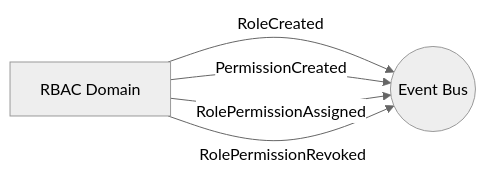
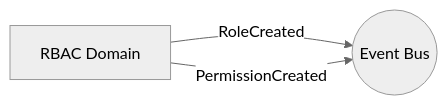
One commit to mamadoudevweb/store-up changed the second of 3 diagrams in docs/domains/rbac.md. Above: the diagram before and after it, drawn with Mermaid (neutral theme). The commit also changed other lines of this file and 5 other files, not shown here.

````diff
--- a/docs/domains/rbac.md
+++ b/docs/domains/rbac.md
@@ -47,7 +47,5 @@
 ```mermaid
 flowchart LR
     R[RBAC Domain] -->|RoleCreated| EB((Event Bus))
     R -->|PermissionCreated| EB
-    R -->|RolePermissionAssigned| EB
-    R -->|RolePermissionRevoked| EB
 ```
````
